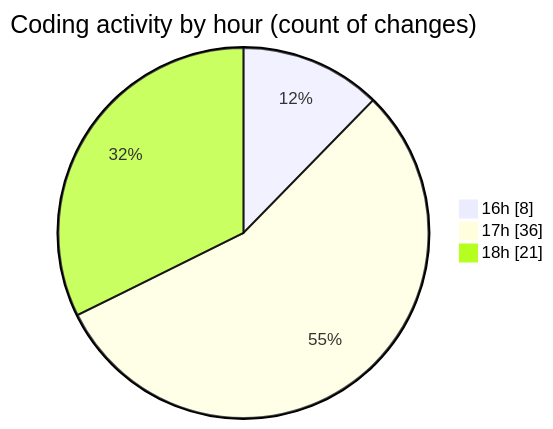
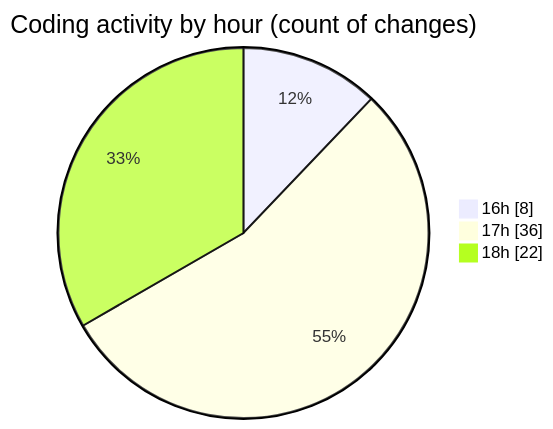
One commit to robertbonfada/code-tracking changed the second of 2 diagrams in 2025-01-08/mbc-web/README.md. Above: the diagram before and after it, drawn with Mermaid. The commit also changed other lines of this file and 1 other file, not shown here.

````diff
--- a/2025-01-08/mbc-web/README.md
+++ b/2025-01-08/mbc-web/README.md
@@ -44,7 +44,7 @@
 ```mermaid
 pie showData
 title Coding activity by hour (count of changes)
 "16h" : 8
 "17h" : 36
-"18h" : 21
+"18h" : 22
 ```
````
